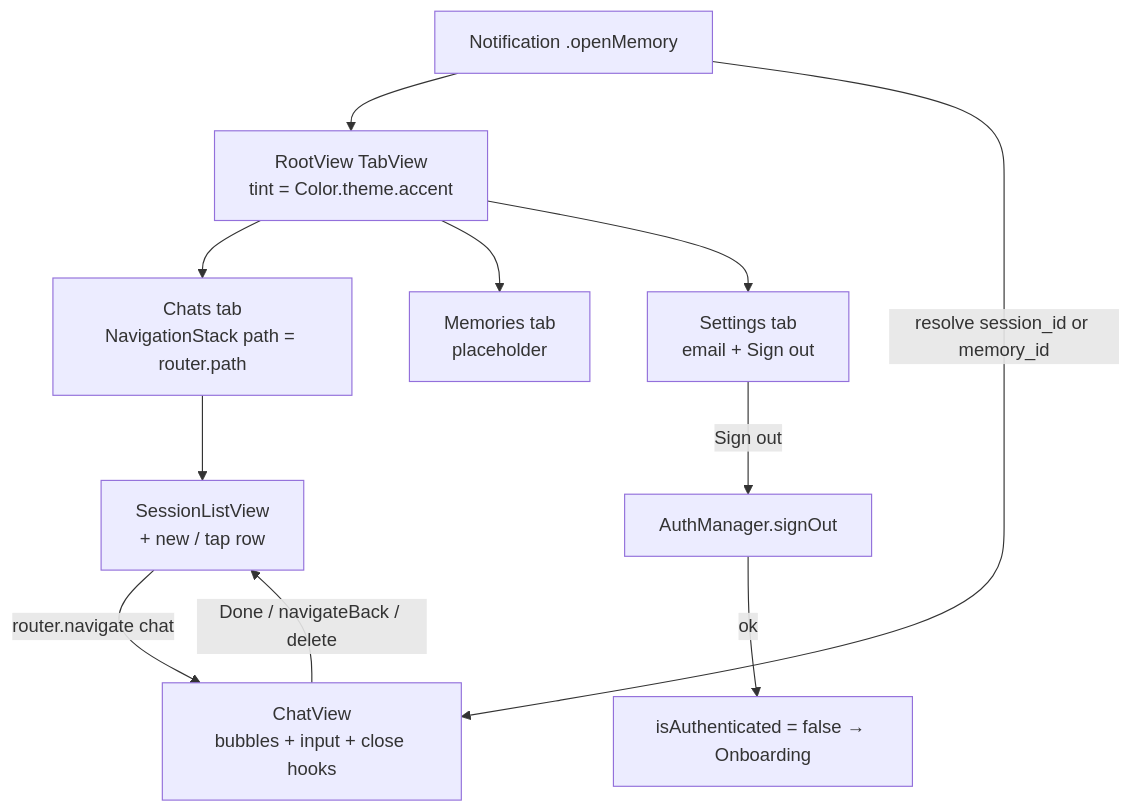
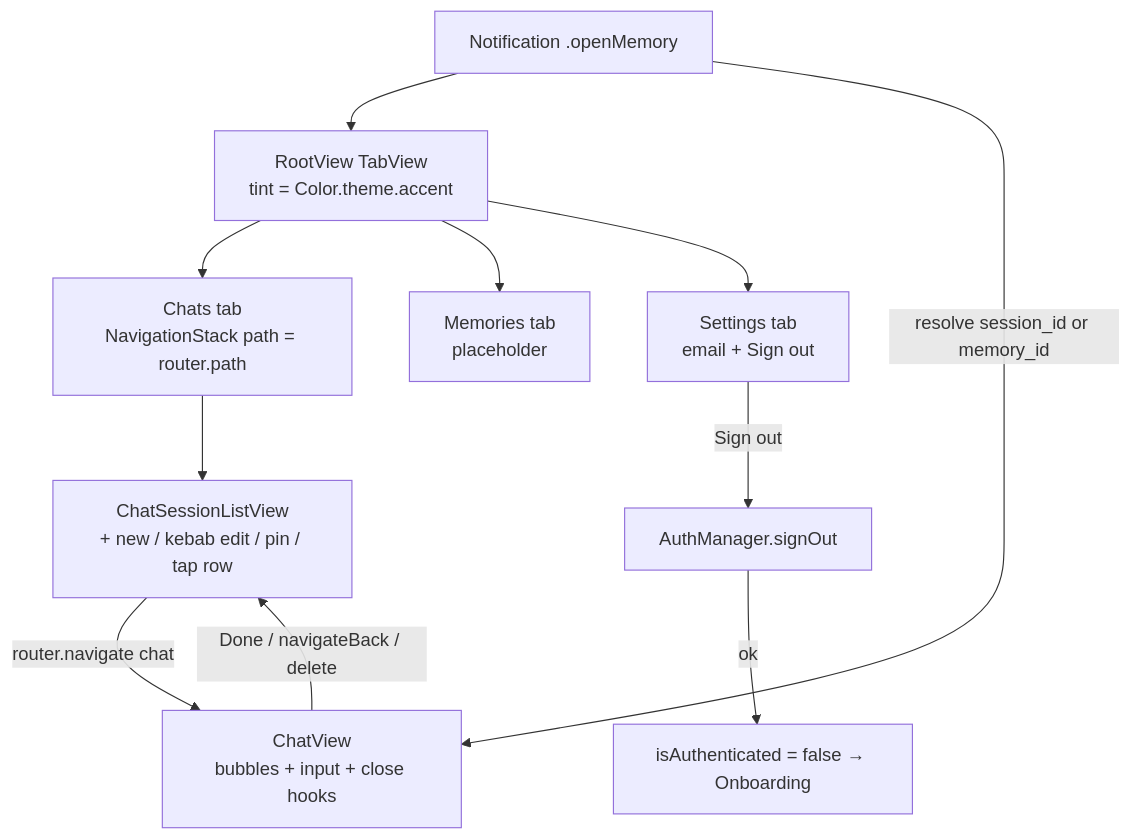
One commit to Shayokh144/Mind_Mapper changed the fifth of 6 diagrams in docs/design/app-flow.md. Above: the diagram before and after it, drawn with Mermaid. The commit also changed other lines of this file and 25 other files, not shown here.

````diff
--- a/docs/design/app-flow.md
+++ b/docs/design/app-flow.md
@@ -144,13 +144,13 @@
 ```mermaid
 flowchart TD
     R["RootView TabView<br/>tint = Color.theme.accent"] --> C["Chats tab<br/>NavigationStack path = router.path"]
     R --> M["Memories tab<br/>placeholder"]
     R --> S["Settings tab<br/>email + Sign out"]
-    C --> L["SessionListView<br/>+ new / tap row"]
+    C --> L["ChatSessionListView<br/>+ new / kebab edit / pin / tap row"]
     L -->|router.navigate chat| Chat["ChatView<br/>bubbles + input + close hooks"]
     Chat -->|Done / navigateBack / delete| L
     S -->|Sign out| SO["AuthManager.signOut"]
     SO -->|ok| O["isAuthenticated = false → Onboarding"]
     N["Notification .openMemory"] --> R
     N -->|resolve session_id or memory_id| Chat
 ```
````
